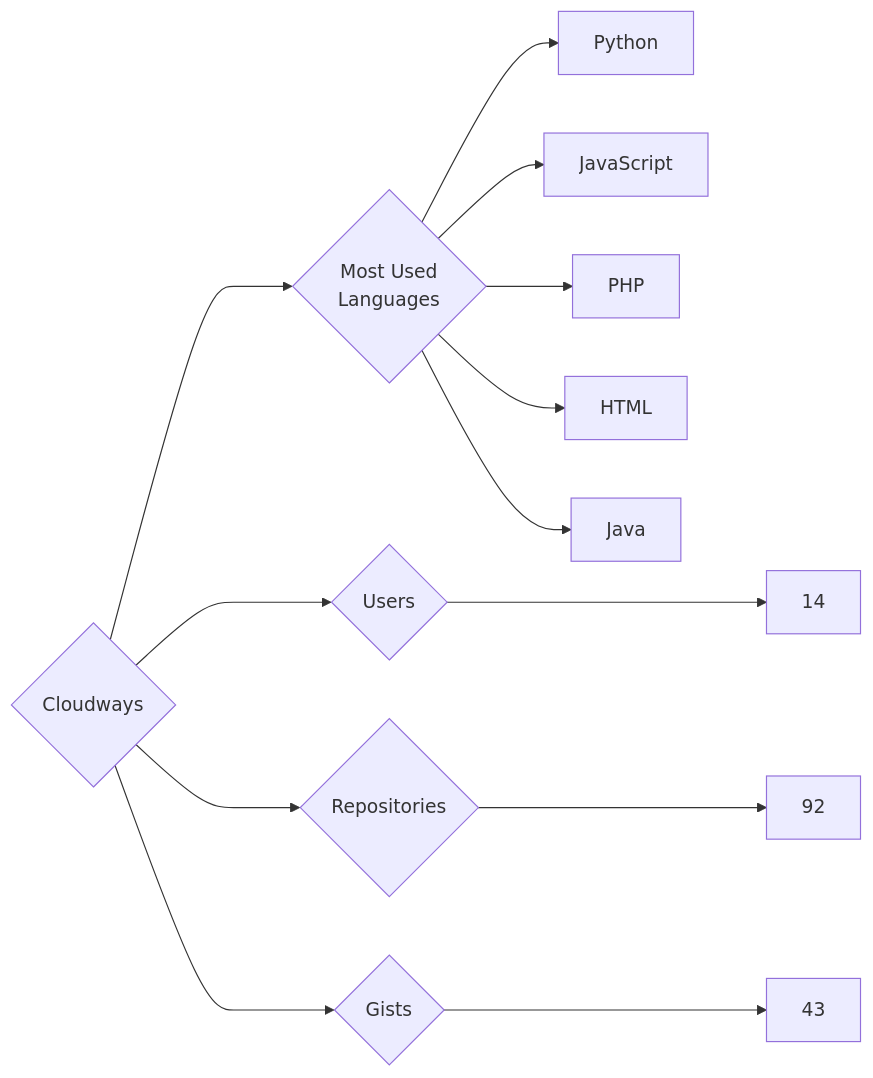
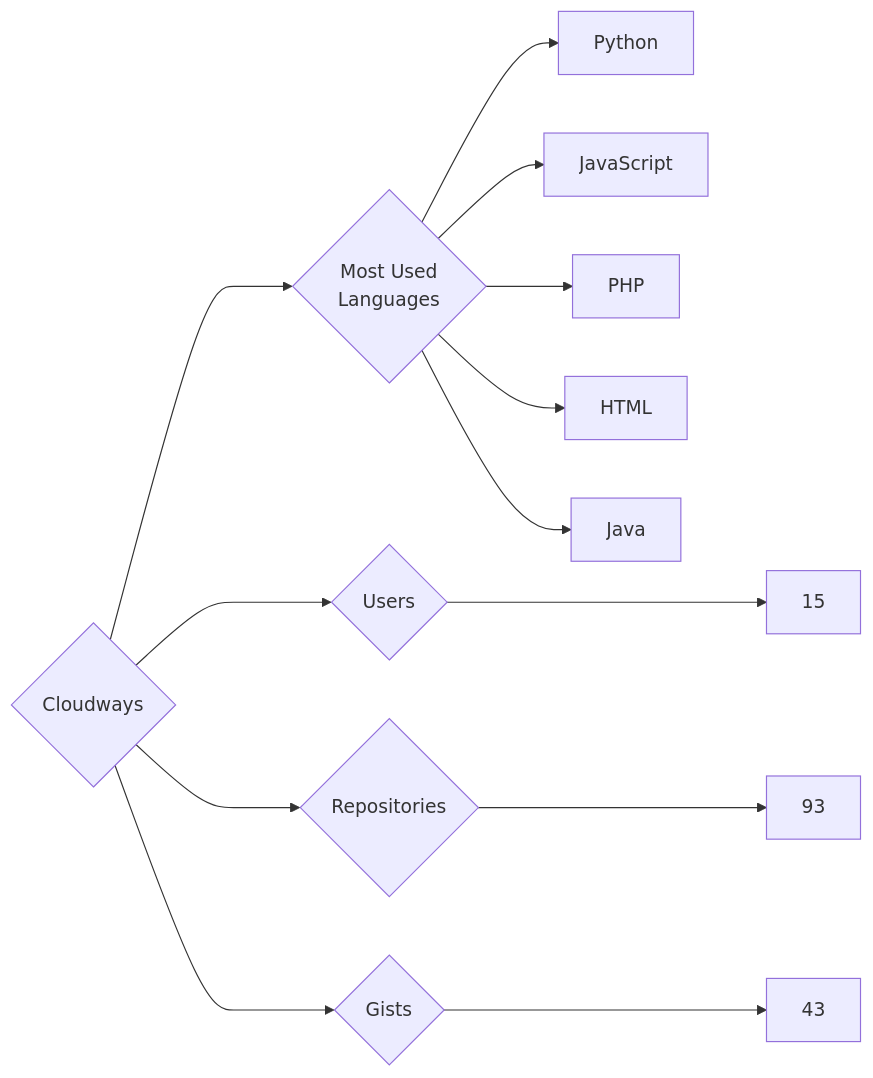
Before and after one commit to trickest/insiders: the diagram in targets/Cloudways/README.md, drawn with Mermaid. The commit also changed 1020 other files, not shown here.

````diff
--- a/targets/Cloudways/README.md
+++ b/targets/Cloudways/README.md
@@ -3,13 +3,13 @@
 ```mermaid
 graph LR
 COMPANY_NAME{Cloudways}
-COMPANY_NAME ---> U{Users} ---> UN[14]
-COMPANY_NAME ---> R{Repositories} ---> RN[92]
+COMPANY_NAME ---> U{Users} ---> UN[15]
+COMPANY_NAME ---> R{Repositories} ---> RN[93]
 COMPANY_NAME ---> G{Gists} ---> GN[43]
 COMPANY_NAME ---> ML{Most Used<br>Languages}
 ML --> Python[Python]
 ML --> JavaScript[JavaScript]
 ML --> PHP[PHP]
 ML --> HTML[HTML]
 ML --> Java[Java]
 ```
````
